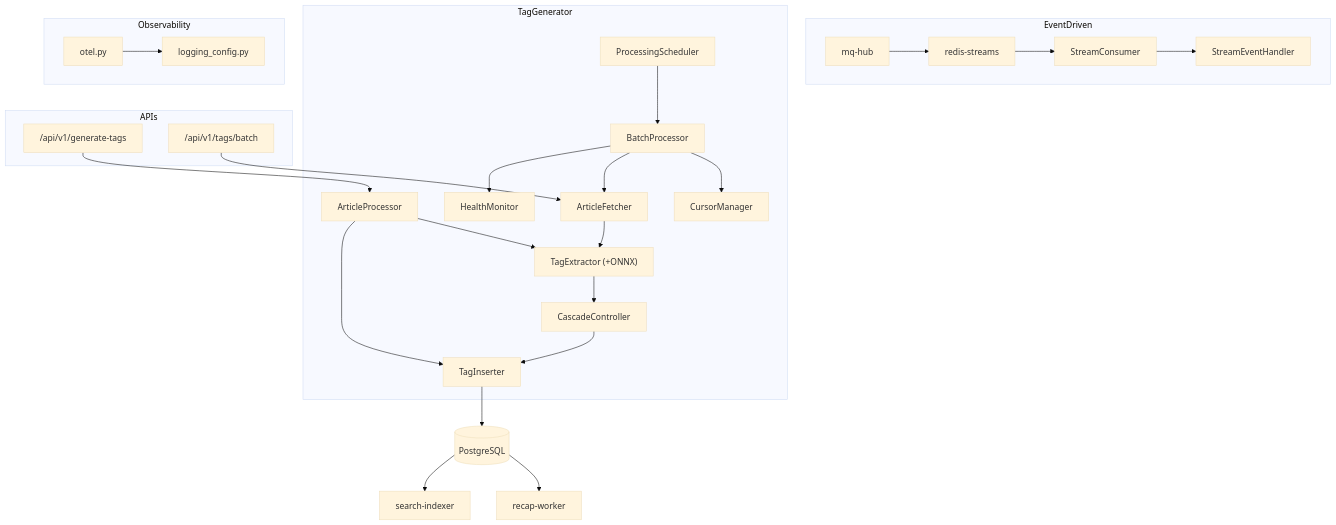
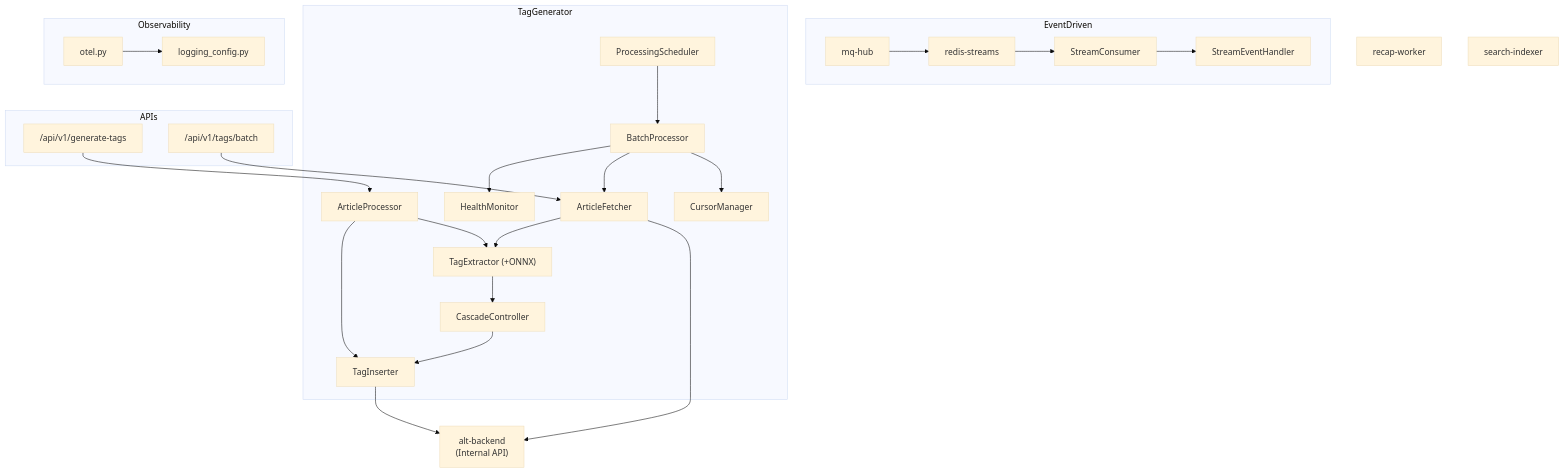
Before and after one commit to Kaikei-e/Alt: the diagram in docs/services/tag-generator.md, drawn with Mermaid (base theme). The commit also changed other lines of this file and 6 other files, not shown here.

````diff
--- a/docs/services/tag-generator.md
+++ b/docs/services/tag-generator.md
@@ -16,50 +16,50 @@
 ```mermaid
 flowchart TD
     subgraph EventDriven
         RS[redis-streams]
         MQ[mq-hub]
         Consumer[StreamConsumer]
         Handler[StreamEventHandler]
     end
 
     subgraph TagGenerator
         Scheduler[ProcessingScheduler]
         BatchProc[BatchProcessor]
         Fetcher[ArticleFetcher]
         Extractor["TagExtractor (+ONNX)"]
         Cascade[CascadeController]
         Inserter[TagInserter]
         CursorMgr[CursorManager]
         HealthMon[HealthMonitor]
         ArticleProc[ArticleProcessor]
     end
 
     subgraph APIs
         API["/api/v1/generate-tags"]
         BatchAPI["/api/v1/tags/batch"]
     end
 
     subgraph Observability
         OTel[otel.py]
         LogConfig[logging_config.py]
     end
 
-    Postgres[(PostgreSQL)]
+    AltBackend["alt-backend\n(Internal API)"]
     Recap[recap-worker]
     Search[search-indexer]
 
     RS --> Consumer --> Handler
     MQ --> RS
     Scheduler --> BatchProc
     BatchProc --> CursorMgr
     BatchProc --> Fetcher
-    Fetcher --> Extractor --> Cascade --> Inserter --> Postgres
+    Fetcher --> AltBackend
+    Extractor --> Cascade --> Inserter --> AltBackend
+    Fetcher --> Extractor
     BatchProc --> HealthMon
     ArticleProc --> Extractor
     ArticleProc --> Inserter
     API --> ArticleProc
     BatchAPI --> Fetcher
-    Postgres --> Recap
-    Postgres --> Search
     OTel --> LogConfig
 ```
````
